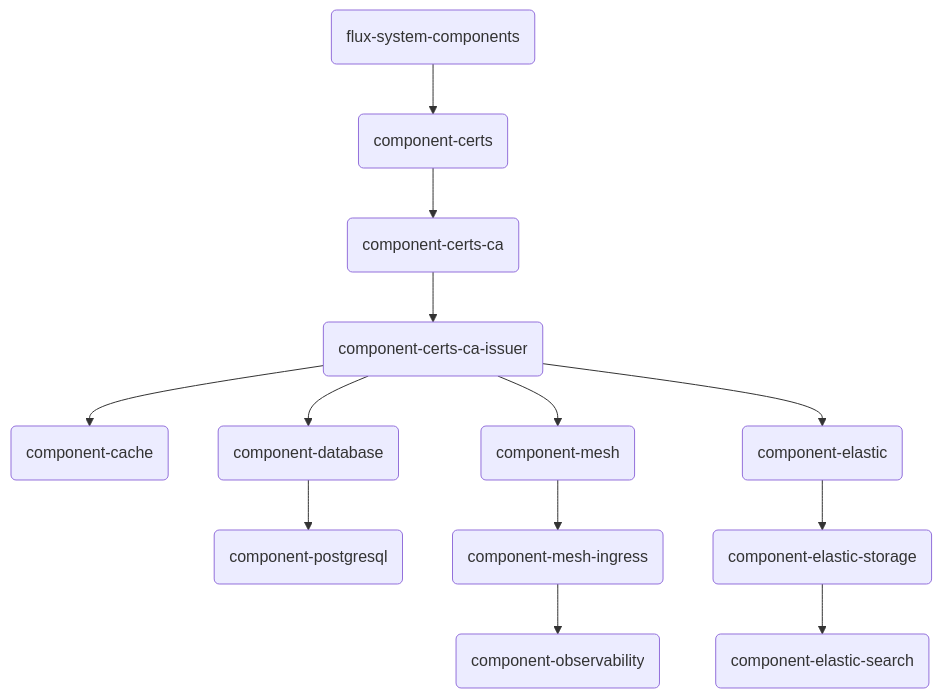
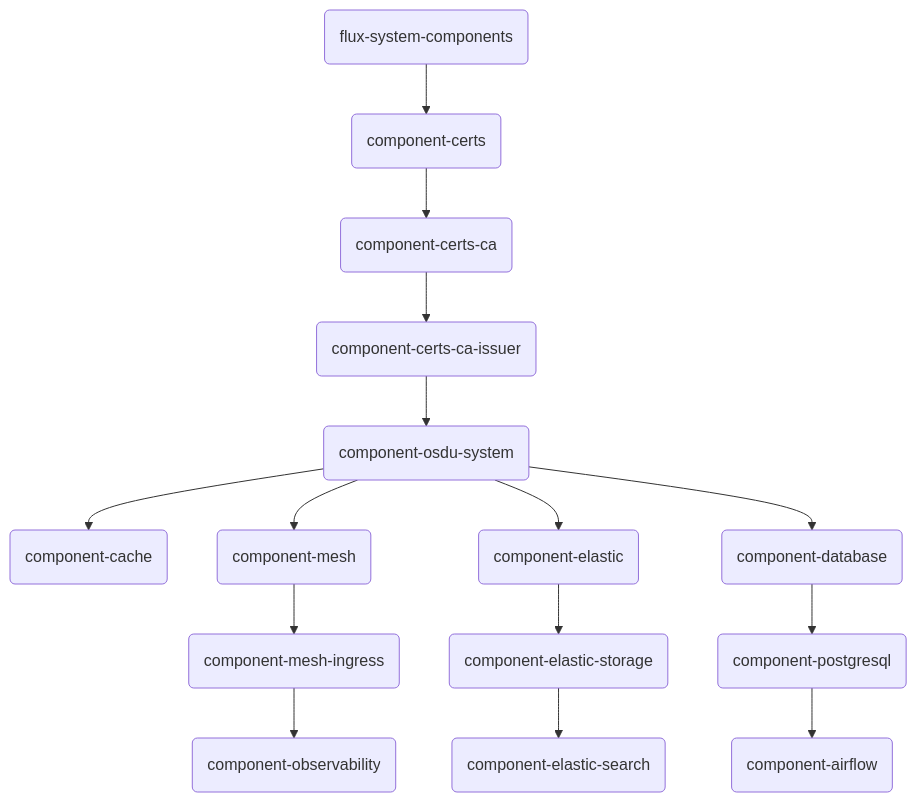
One commit to Azure/osdu-developer changed the second of 3 diagrams in docs/software.md. Above: the diagram before and after it, drawn with Mermaid. The commit also changed other lines of this file and 2 other files, not shown here.

Commit message:
Added in postgresql

````diff
--- a/docs/software.md
+++ b/docs/software.md
@@ -93,29 +52,33 @@
 ```mermaid
 flowchart TD
   FluxSystemComponents("flux-system-components")
   Certs("component-certs")
   CertsCA("component-certs-ca")
   CertsCAIssuer("component-certs-ca-issuer")
+  OSDUSystem("component-osdu-system")
   Cache("component-cache")
   Database("component-database")
   Postgresql("component-postgresql")
+  Airflow("component-airflow")
   Elastic("component-elastic")
   ElasticStorage("component-elastic-storage")
   ElasticSearch("component-elastic-search")
   Mesh("component-mesh")
   MeshIngress("component-mesh-ingress")
   Observability("component-observability")
 
   FluxSystemComponents-->Certs
   Certs-->CertsCA
   CertsCA-->CertsCAIssuer
-  CertsCAIssuer-->Cache
-  CertsCAIssuer-->Mesh
+  CertsCAIssuer-->OSDUSystem
+  OSDUSystem-->Cache
+  OSDUSystem-->Mesh
   Mesh-->MeshIngress
   MeshIngress-->Observability
-  CertsCAIssuer-->Elastic
+  OSDUSystem-->Elastic
   Elastic-->ElasticStorage
   ElasticStorage-->ElasticSearch
-  CertsCAIssuer-->Database
+  OSDUSystem-->Database
   Database-->Postgresql
+  Postgresql-->Airflow
 ```
````
